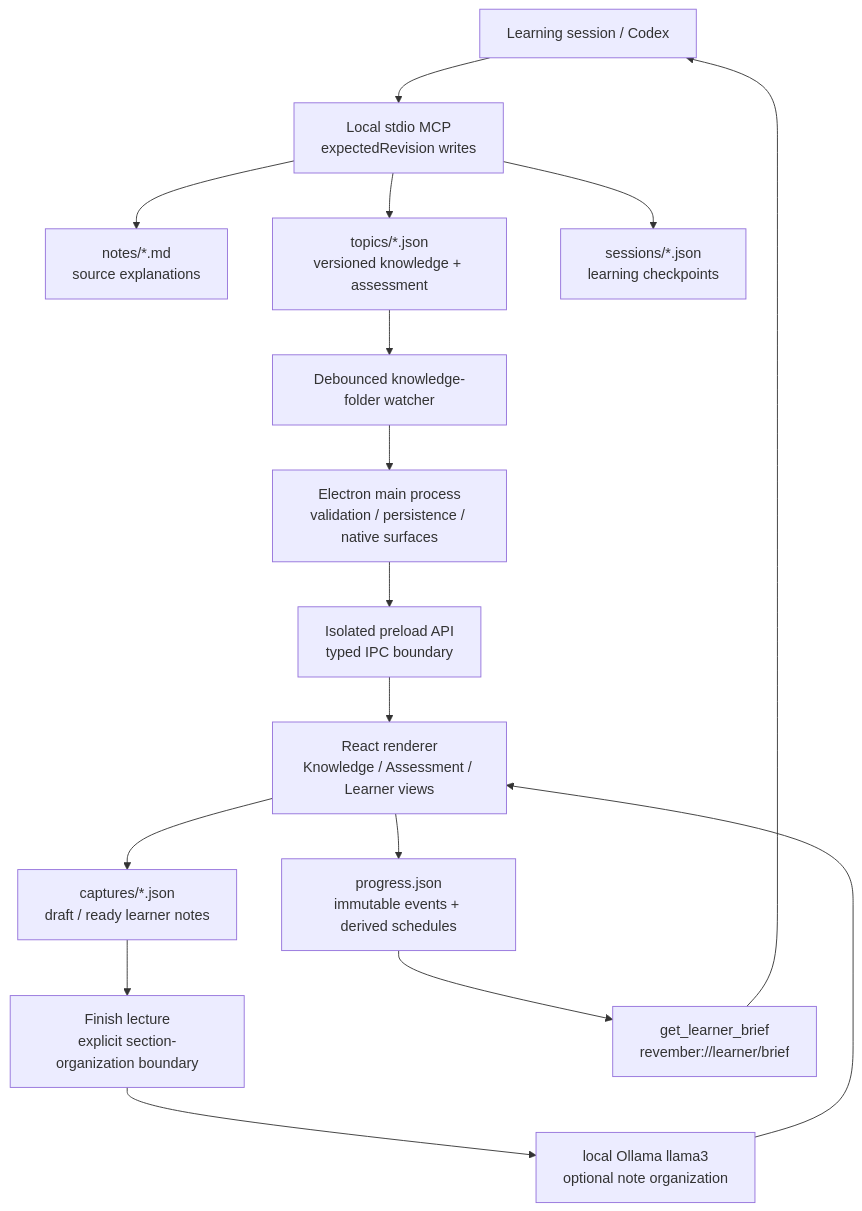
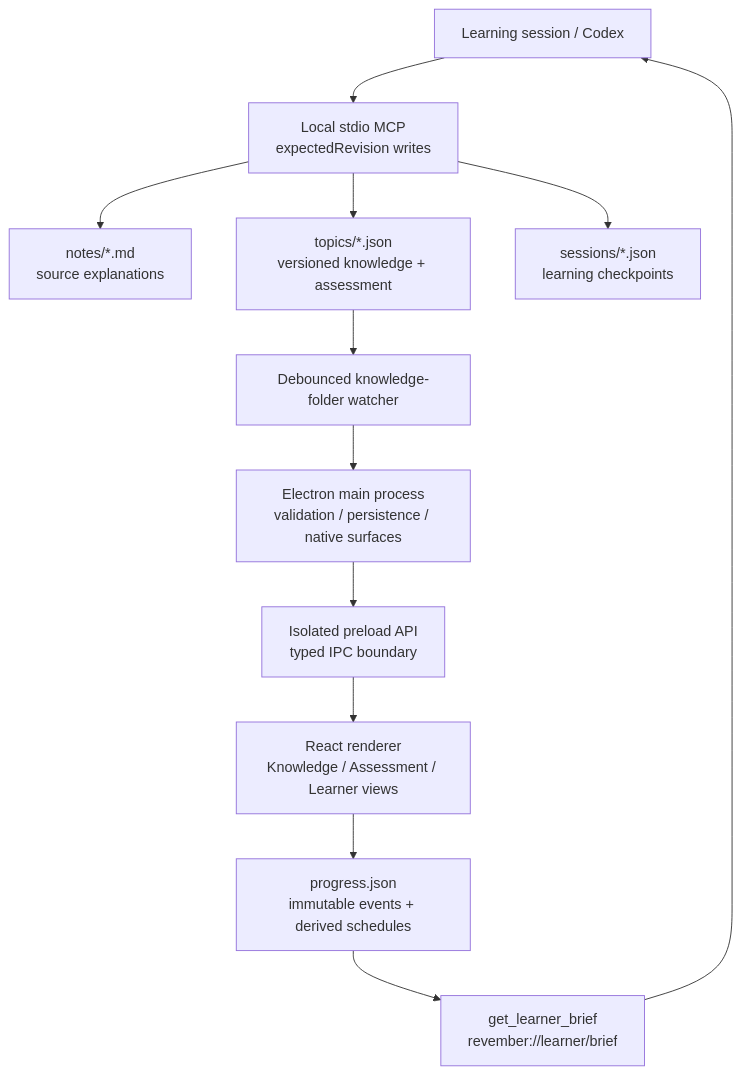
The diagram in docs/architecture/closed-loop-learning-system.md (YashVG/revember_v2), drawn with Mermaid before and after one commit. The commit also changed other lines of this file and 22 other files, not shown here.

````diff
--- a/docs/architecture/closed-loop-learning-system.md
+++ b/docs/architecture/closed-loop-learning-system.md
@@ -5,25 +5,21 @@
 ```mermaid
 flowchart TD
     codex["Learning session / Codex"]
     mcp["Local stdio MCP<br/>expectedRevision writes"]
     notes["notes/*.md<br/>source explanations"]
     topics["topics/*.json<br/>versioned knowledge + assessment"]
     sessions["sessions/*.json<br/>learning checkpoints"]
-    captures["captures/*.json<br/>draft / ready learner notes"]
-    finish["Finish lecture<br/>explicit section-organization boundary"]
-    ollama["local Ollama llama3<br/>optional note organization"]
     watcher["Debounced knowledge-folder watcher"]
     main["Electron main process<br/>validation / persistence / native surfaces"]
     preload["Isolated preload API<br/>typed IPC boundary"]
     app["React renderer<br/>Knowledge / Assessment / Learner views"]
     progress["progress.json<br/>immutable events + derived schedules"]
     brief["get_learner_brief<br/>revember://learner/brief"]
 
     codex --> mcp
     mcp --> notes
     mcp --> topics
     mcp --> sessions
     topics --> watcher --> main --> preload --> app
-    app --> captures --> finish --> ollama --> app
     app --> progress --> brief --> codex
 ```
````
